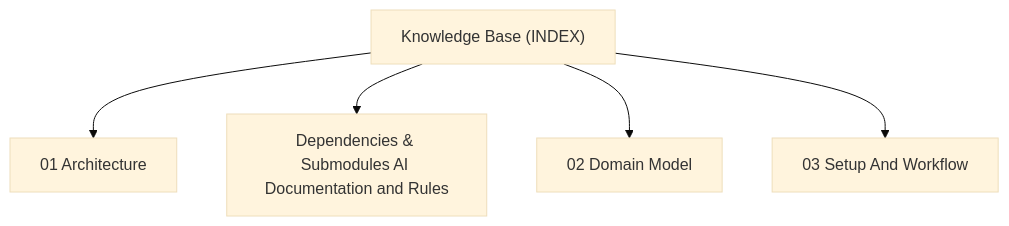
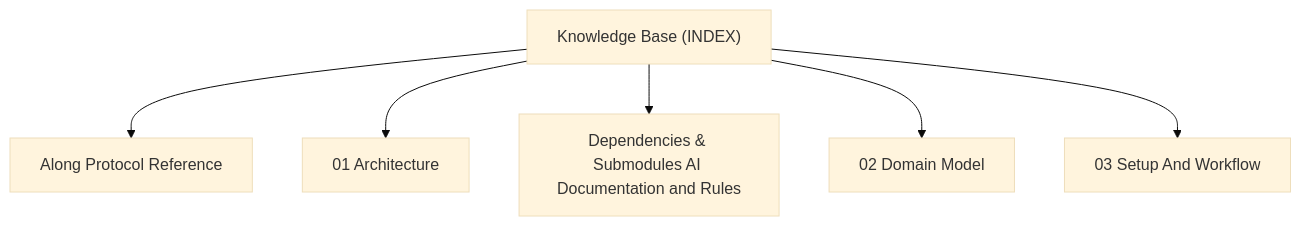
The diagram in docs/INDEX.md (actdim/webmold), drawn with Mermaid (base theme) before and after one commit. The commit also changed other lines of this file and 15 other files, not shown here.

Commit message:
release: v1.10.0 - bump version to 1.10.0 and update Along protocol

````diff
--- a/docs/INDEX.md
+++ b/docs/INDEX.md
@@ -17,12 +17,14 @@
 ```mermaid
 flowchart TD
     INDEX["Knowledge Base (INDEX)"]
+    T_ALONG_PROTOCOL["Along Protocol Reference"]
+    INDEX --> T_ALONG_PROTOCOL
     T_ARCHITECTURE["01 Architecture"]
     INDEX --> T_ARCHITECTURE
     T_DEPENDENCIES["Dependencies & Submodules AI Documentation and Rules"]
     INDEX --> T_DEPENDENCIES
     T_DOMAIN_MODEL["02 Domain Model"]
     INDEX --> T_DOMAIN_MODEL
     T_SETUP_AND_WORKFLOW["03 Setup And Workflow"]
     INDEX --> T_SETUP_AND_WORKFLOW
 ```
````
